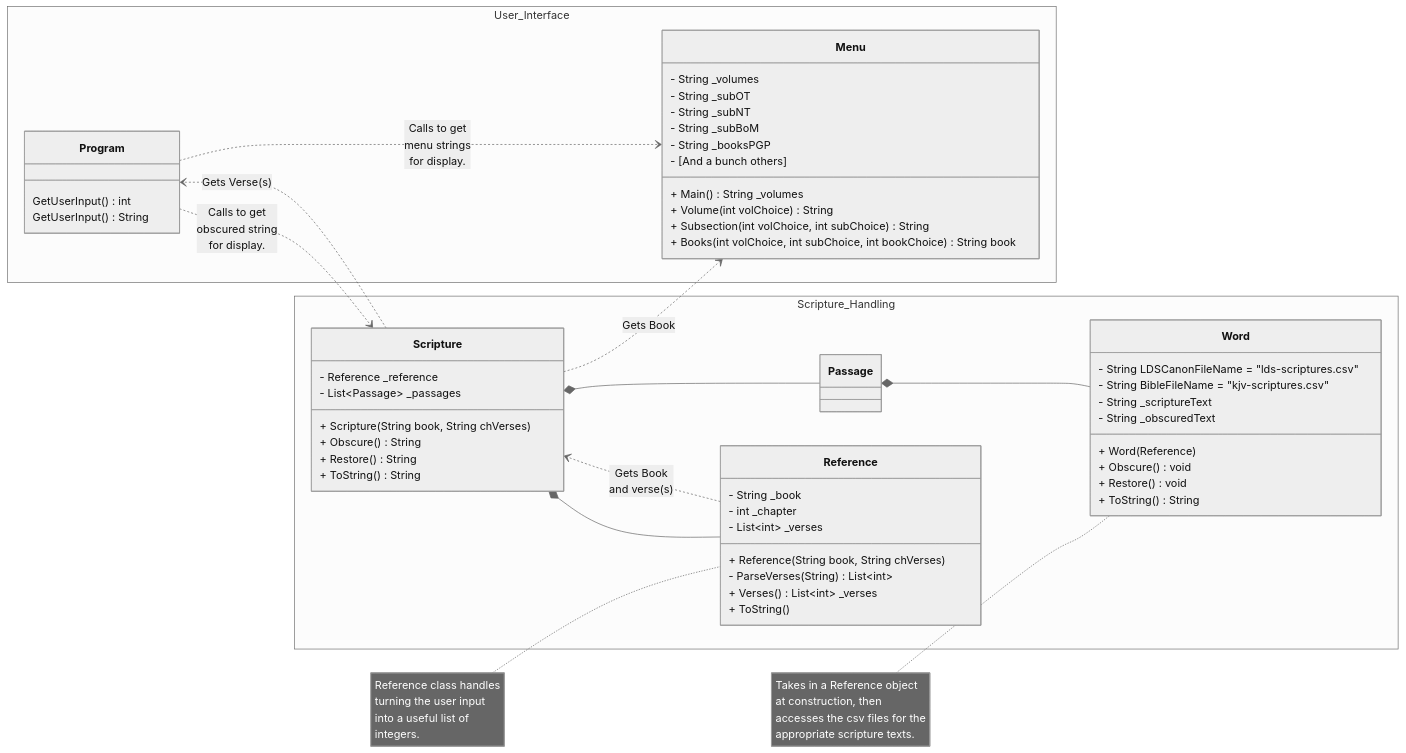
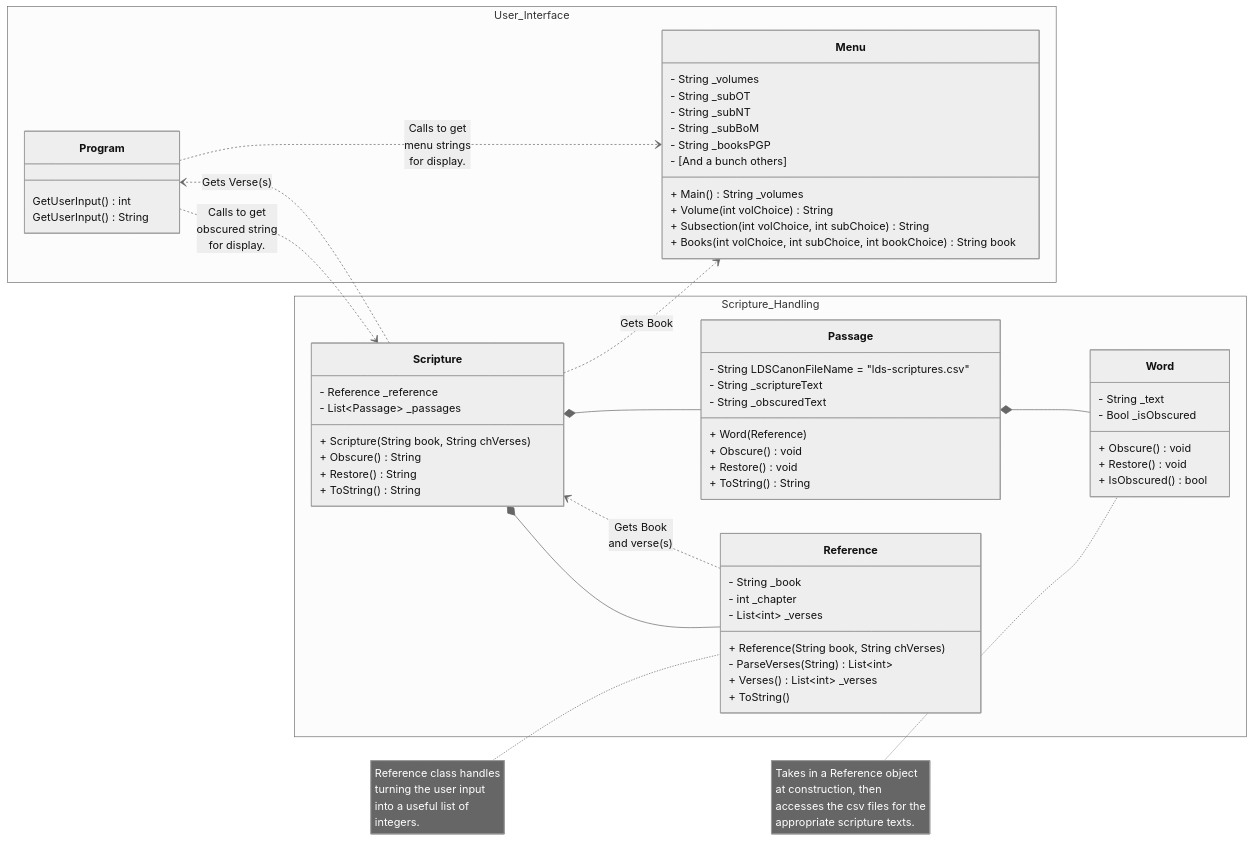
The second of 3 diagrams in prove/Develop03/README.md (parkerd3/CSE_2.electric_boogaloo), drawn with Mermaid (neutral theme) before and after one commit. The commit also changed 5 other files, not shown here.

````diff
--- a/prove/Develop03/README.md
+++ b/prove/Develop03/README.md
@@ -116,66 +116,69 @@
 ```mermaid
 classDiagram
     direction LR
     namespace User_Interface {
         class Program {
             GetUserInput() int
             GetUserInput() String
         }
         class Menu {
             - String _volumes
             - String _subOT
             - String _subNT
             - String _subBoM
             - String _booksPGP
             - [And a bunch others]
             + Main() String _volumes
             + Volume(int volChoice) String
             + Subsection(int volChoice, int subChoice) String
             + Books(int volChoice, int subChoice, int bookChoice) String book
         }
     }
     
     note for Reference "Reference class handles<br>turning the user input<br>into a useful list of<br>integers."
     note for Word "Takes in a Reference object<br>at construction, then<br>accesses the csv files for the<br>appropriate scripture texts."
     namespace Scripture_Handling{
         
         class Scripture {
             - Reference _reference
             - List~Passage~ _passages
             + Scripture(String book, String chVerses)
             + Obscure() String
             + Restore() String
             + ToString() String
         }
         class Passage {
-
+            - String LDSCanonFileName = "lds-scriptures.csv"
+            - String _scriptureText
+            - String _obscuredText
+            + Word(Reference)
+            + Obscure() void
+            + Restore() void
+            + ToString() String 
         }
         class Reference {
             - String _book
             - int _chapter
             - List~int~ _verses
             + Reference(String book, String chVerses)
             - ParseVerses(String) List~int~
             + Verses() List~int~ _verses
             + ToString()
         }
         class Word {
-            - String LDSCanonFileName = "lds-scriptures.csv"
-            - String BibleFileName = "kjv-scriptures.csv"
-            - String _scriptureText
-            - String _obscuredText
-            + Word(Reference)
+            - String _text
+            - Bool _isObscured
             + Obscure() void
             + Restore() void
-            + ToString() String 
+            + IsObscured() bool
         }
     }
     Program ..> Menu : Calls to get<br>menu strings<br>for display.
     Scripture *-- Passage
     Passage *-- Word
     Scripture *-- Reference
     Scripture ..> Menu : Gets Book
     Scripture ..> Program : Gets Verse(s)
     Reference ..> Scripture : Gets Book<br>and verse(s)
     Program ..> Scripture : Calls to get<br>obscured string<br>for display.
 ```
````
